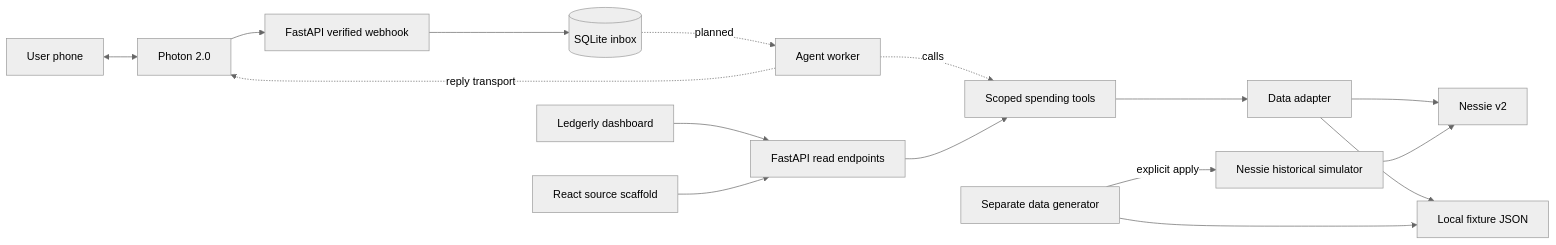
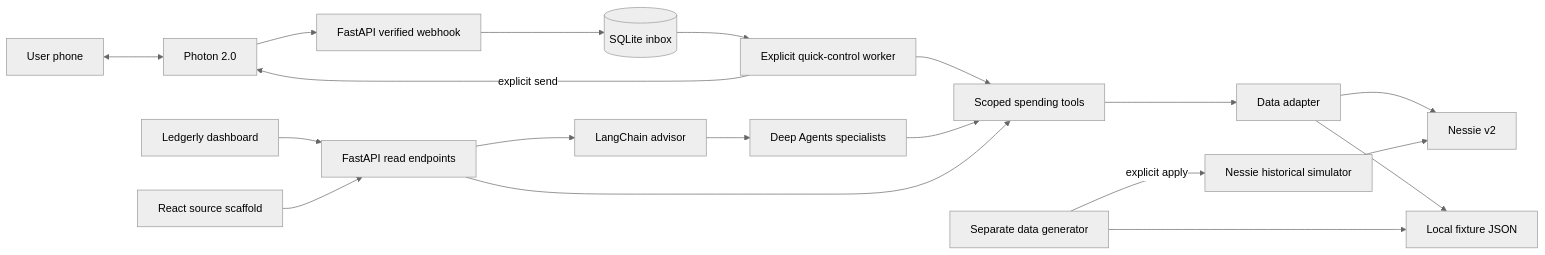
One commit to angietirado/princetonhack2026 changed the diagram in docs/DESIGN.md. Above: the diagram before and after it, drawn with Mermaid (neutral theme). The commit also changed other lines of this file and 32 other files, not shown here.

Commit message:
Focus MVP on bounded Deep Agents and Photon quick controls

````diff
--- a/docs/DESIGN.md
+++ b/docs/DESIGN.md
@@ -36,18 +36,21 @@
 ```mermaid
 flowchart LR
     Phone[User phone] <--> Photon[Photon 2.0]
     Photon --> Receiver[FastAPI verified webhook]
     Receiver --> Inbox[(SQLite inbox)]
-    Inbox -. planned .-> Worker[Agent worker]
-    Worker -. reply transport .-> Photon
-    Worker -. calls .-> Tools[Scoped spending tools]
+    Inbox --> Worker[Explicit quick-control worker]
+    Worker -->|explicit send| Photon
+    Worker --> Tools[Scoped spending tools]
+    API --> Advisor[LangChain advisor]
+    Advisor --> Specialists[Deep Agents specialists]
+    Specialists --> Tools
     Ledgerly[Ledgerly dashboard] --> API[FastAPI read endpoints]
     React[React source scaffold] --> API
     API --> Tools
     Tools --> Adapter[Data adapter]
     Adapter --> Nessie[Nessie v2]
     Adapter --> Fixtures[Local fixture JSON]
     Generator[Separate data generator] --> Fixtures
     Generator -->|explicit apply| Simulation[Nessie historical simulator]
     Simulation --> Nessie
 ```
````
